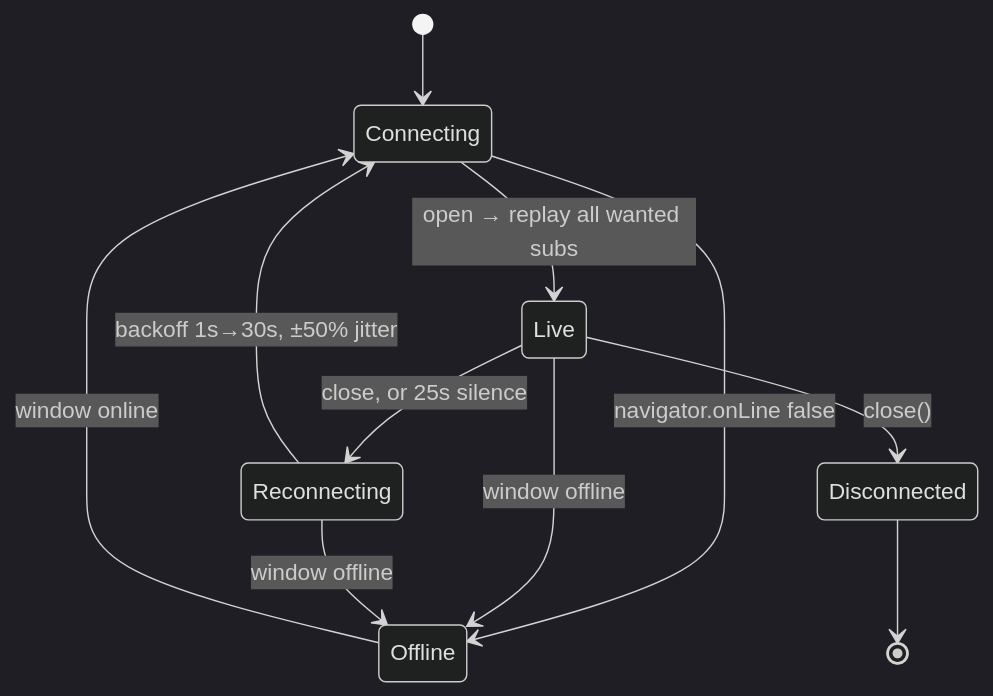
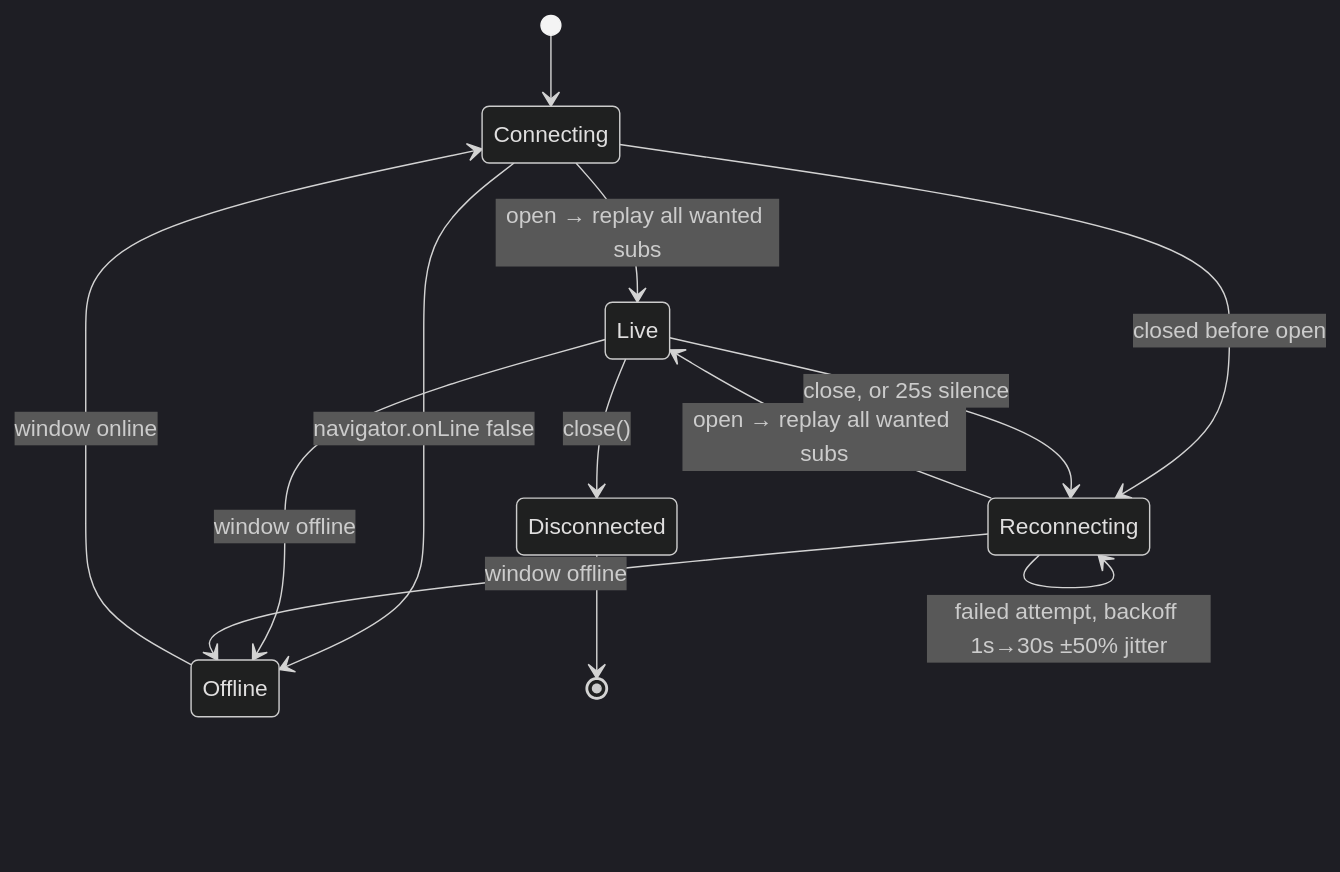
One commit to sjBao/order-trade-book changed the second of 4 diagrams in README.md. Above: the diagram before and after it, drawn with Mermaid (dark theme). The commit also changed other lines of this file, not shown here.

Commit message:
docs: fix README diagrams and next steps

````diff
--- a/README.md
+++ b/README.md
@@ -54,13 +54,15 @@
 ```mermaid
 stateDiagram-v2
   [*] --> Connecting
   Connecting --> Live: open → replay all wanted subs
+  Connecting --> Reconnecting: closed before open
   Live --> Reconnecting: close, or 25s silence
-  Reconnecting --> Connecting: backoff 1s→30s, ±50% jitter
+  Reconnecting --> Live: open → replay all wanted subs
+  Reconnecting --> Reconnecting: failed attempt, backoff 1s→30s ±50% jitter
   Connecting --> Offline: navigator.onLine false
   Live --> Offline: window offline
   Reconnecting --> Offline: window offline
   Offline --> Connecting: window online
   Live --> Disconnected: close()
   Disconnected --> [*]
 ```
````
